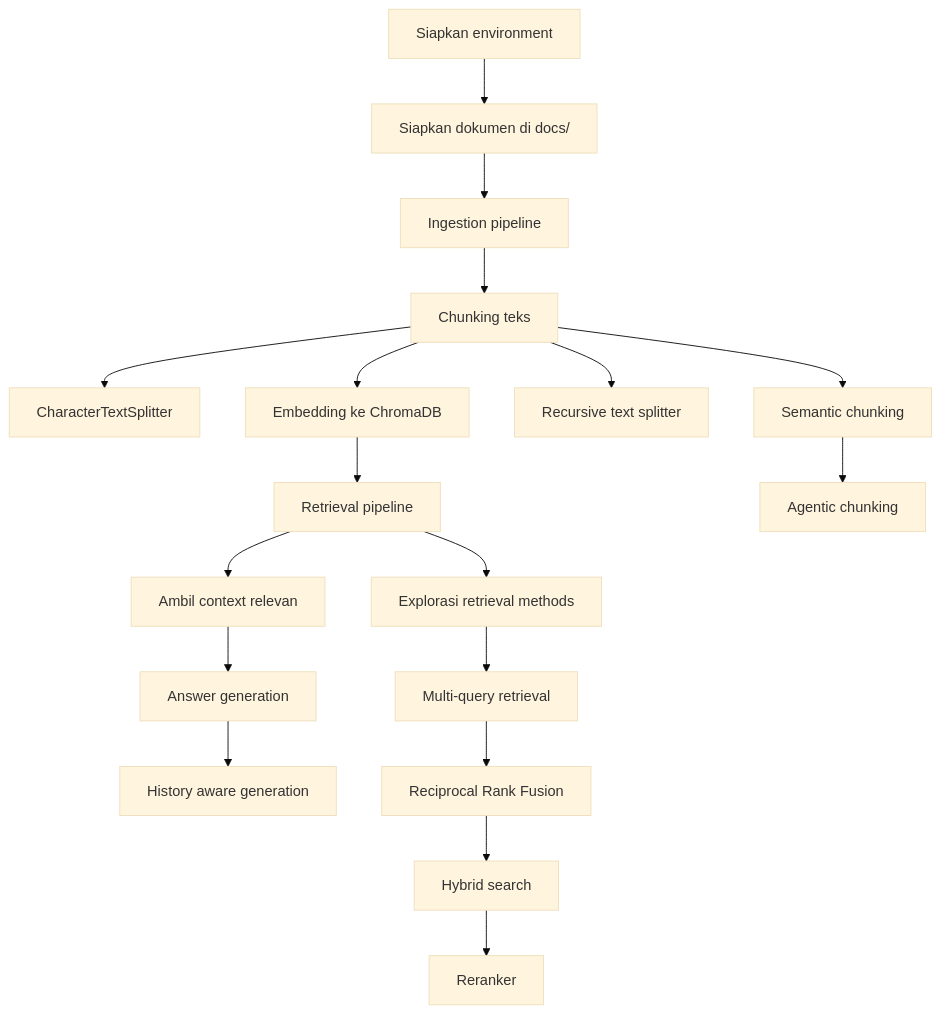
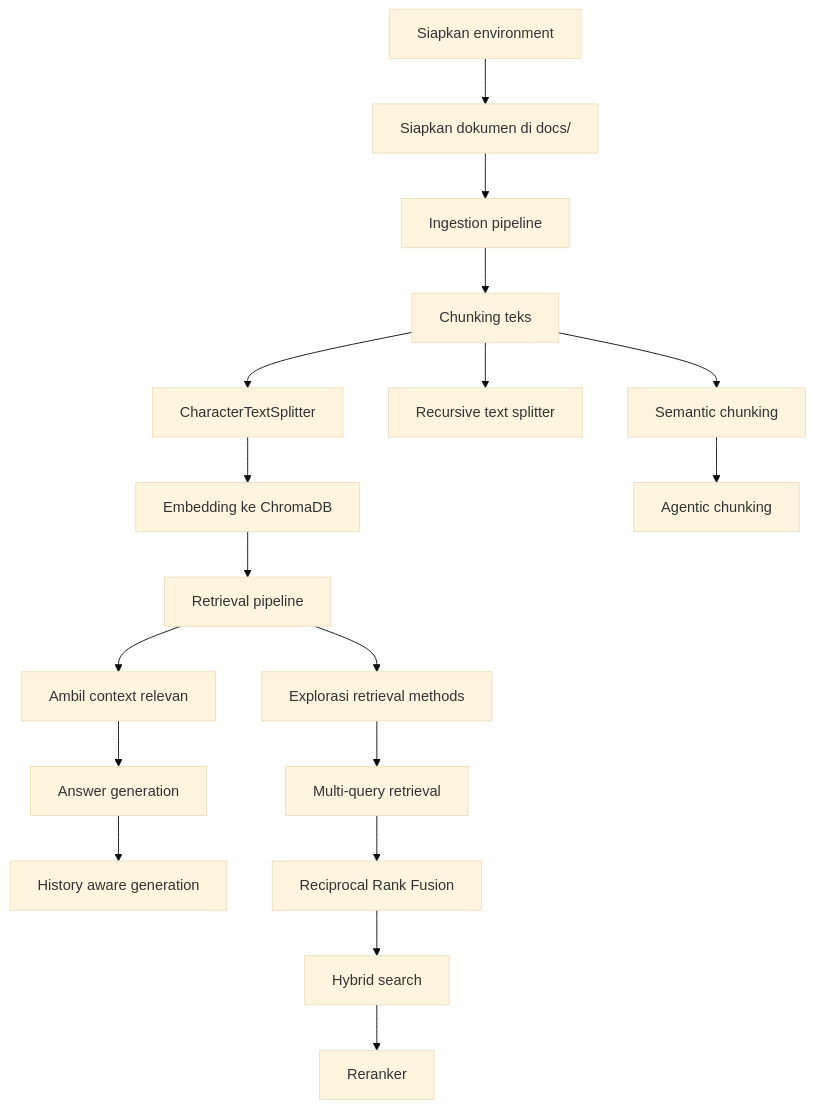
Before and after one commit to taufiq26127/complete-rag-tutorial: the diagram in README.md, drawn with Mermaid (base theme).

Commit message:
readme.md fix

````diff
--- a/README.md
+++ b/README.md
@@ -31,20 +31,20 @@
 ```mermaid
 flowchart TD
 	A[Siapkan environment] --> B[Siapkan dokumen di docs/]
 	B --> C[Ingestion pipeline]
 	C --> D[Chunking teks]
     D --> Z[CharacterTextSplitter]
-	D --> E[Embedding ke ChromaDB]
+	Z --> E[Embedding ke ChromaDB]
 	E --> F[Retrieval pipeline]
 	F --> G[Ambil context relevan]
 	G --> H[Answer generation]
 	H --> I[History aware generation]
 	D --> J[Recursive text splitter]
 	D --> K[Semantic chunking]
 	K --> L[Agentic chunking]
 	F --> M[Explorasi retrieval methods]
 	M --> N[Multi-query retrieval]
 	N --> O[Reciprocal Rank Fusion]
 	O --> P[Hybrid search]
 	P --> Q[Reranker]
 ```
````
